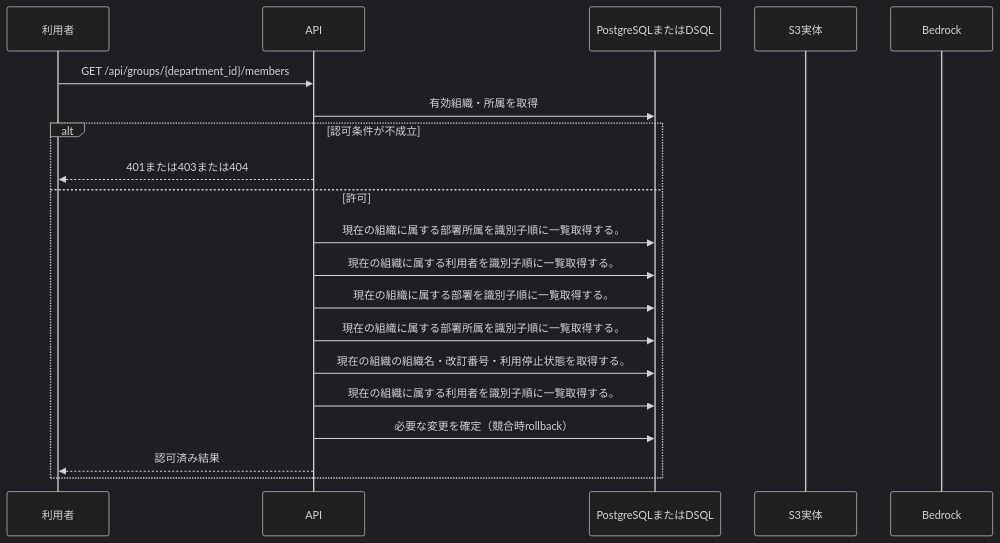
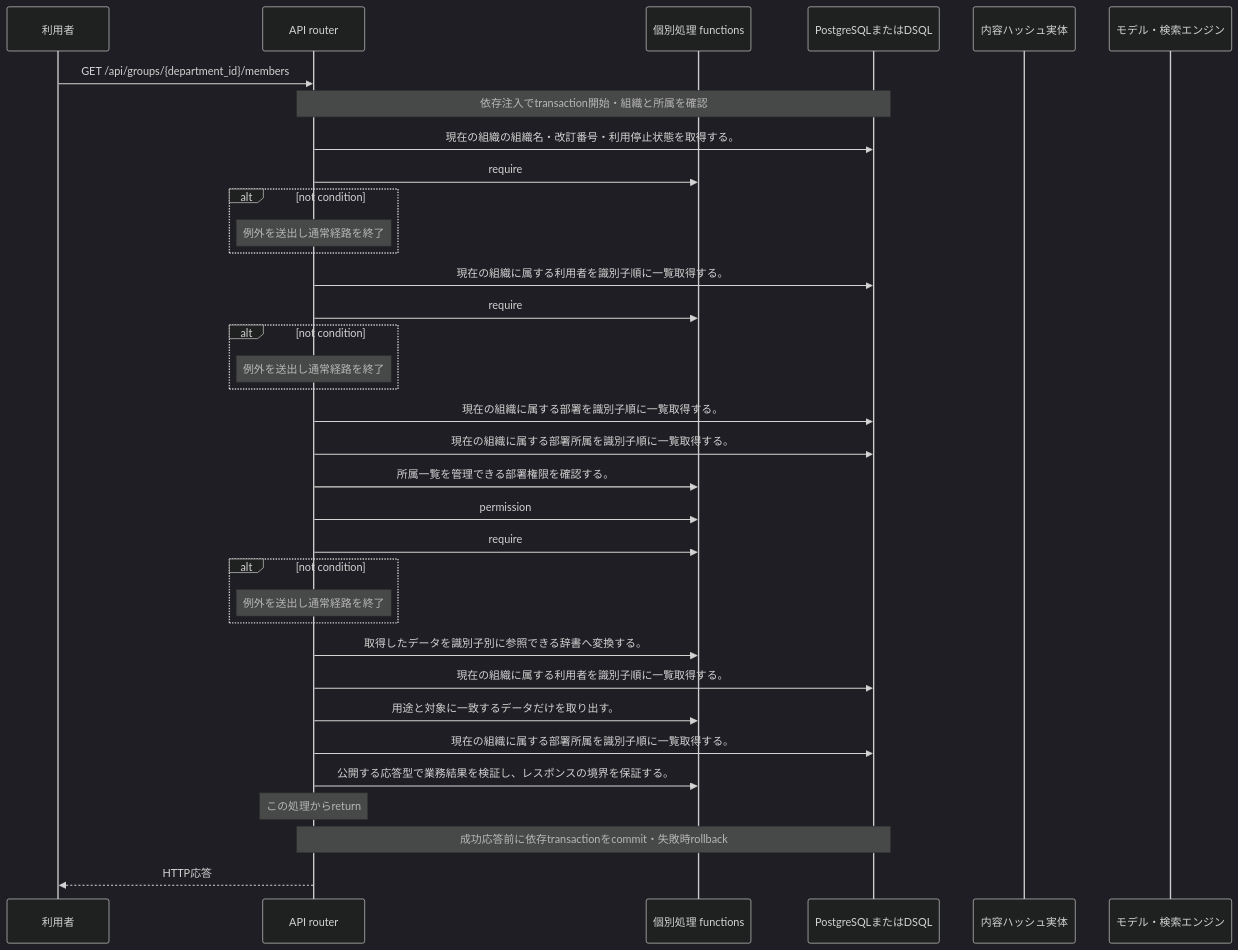
The diagram in docs/design/generated/api/groups/list_members/sequence.md (tsuji-tomonori/KotoRelay), drawn with Mermaid (dark theme) before and after one commit. The commit also changed other lines of this file and 424 other files, not shown here.

````diff
--- a/docs/design/generated/api/groups/list_members/sequence.md
+++ b/docs/design/generated/api/groups/list_members/sequence.md
@@ -7,22 +7,37 @@
 ```mermaid
 sequenceDiagram
     participant U as 利用者
-    participant A as API
+    participant A as API router
+    participant F as 個別処理 functions
     participant D as PostgreSQLまたはDSQL
-    participant S as S3実体
-    participant M as Bedrock
+    participant S as 内容ハッシュ実体
+    participant M as モデル・検索エンジン
     U->>A: GET /api/groups/{department_id}/members
-    A->>D: 有効組織・所属を取得
-    alt 認可条件が不成立
-        A-->>U: 401または403または404
-    else 許可
-        A->>D: 現在の組織に属する部署所属を識別子順に一覧取得する。
-        A->>D: 現在の組織に属する利用者を識別子順に一覧取得する。
-        A->>D: 現在の組織に属する部署を識別子順に一覧取得する。
-        A->>D: 現在の組織に属する部署所属を識別子順に一覧取得する。
-        A->>D: 現在の組織の組織名・改訂番号・利用停止状態を取得する。
-        A->>D: 現在の組織に属する利用者を識別子順に一覧取得する。
-        A->>D: 必要な変更を確定（競合時rollback）
-        A-->>U: 認可済み結果
+    Note over A,D: 依存注入でtransaction開始・組織と所属を確認
+    A->>D: 現在の組織の組織名・改訂番号・利用停止状態を取得する。
+    A->>F: require
+    alt not condition
+    Note over A: 例外を送出し通常経路を終了
     end
+    A->>D: 現在の組織に属する利用者を識別子順に一覧取得する。
+    A->>F: require
+    alt not condition
+    Note over A: 例外を送出し通常経路を終了
+    end
+    A->>D: 現在の組織に属する部署を識別子順に一覧取得する。
+    A->>D: 現在の組織に属する部署所属を識別子順に一覧取得する。
+    A->>F: 所属一覧を管理できる部署権限を確認する。
+    A->>F: permission
+    A->>F: require
+    alt not condition
+    Note over A: 例外を送出し通常経路を終了
+    end
+    A->>F: 取得したデータを識別子別に参照できる辞書へ変換する。
+    A->>D: 現在の組織に属する利用者を識別子順に一覧取得する。
+    A->>F: 用途と対象に一致するデータだけを取り出す。
+    A->>D: 現在の組織に属する部署所属を識別子順に一覧取得する。
+    A->>F: 公開する応答型で業務結果を検証し、レスポンスの境界を保証する。
+    Note over A: この処理からreturn
+    Note over A,D: 成功応答前に依存transactionをcommit・失敗時rollback
+    A-->>U: HTTP応答
 ```
````
